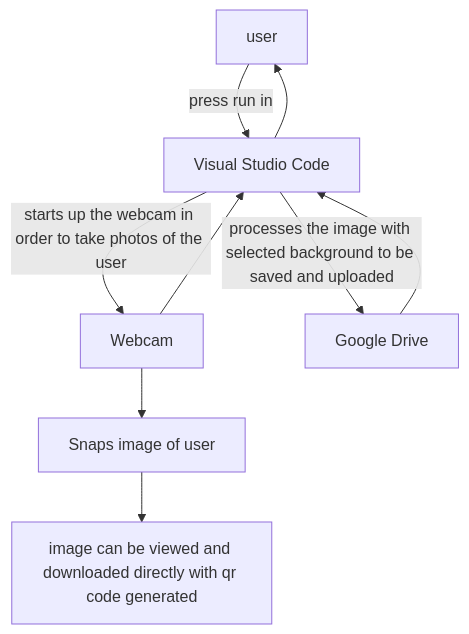
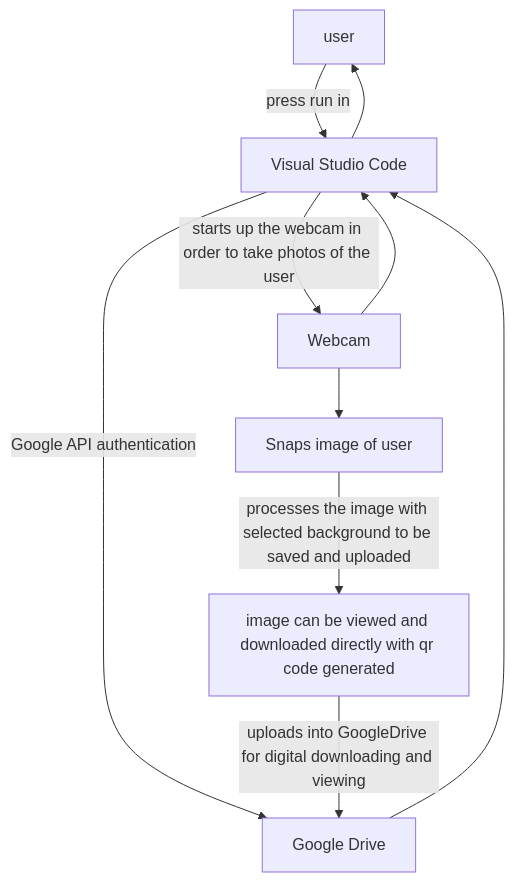
Before and after one commit to Raniellelee/egl314: the second of 2 diagrams in Picture-booth.md, drawn with Mermaid. The commit also changed other lines of this file, not shown here.

````diff
--- a/Picture-booth.md
+++ b/Picture-booth.md
@@ -32,12 +32,13 @@
 ```mermaid
 graph TD;
 A[user]--press run in-->B[Visual Studio Code]
 B-->A
 B--starts up the webcam in order to take photos of the user-->C[Webcam]
 C-->B
-B--processes the image with selected background to be saved and uploaded-->D[Google Drive]
+B--Google API authentication-->D[Google Drive]
 D-->B
 C-->E[Snaps image of user]
-E-->F[image can be viewed and downloaded directly with qr code generated]
+E--processes the image with selected background to be saved and uploaded-->F[image can be viewed and downloaded directly with qr code generated]
+F--uploads into GoogleDrive for digital downloading and viewing-->D
 
 ```
````
